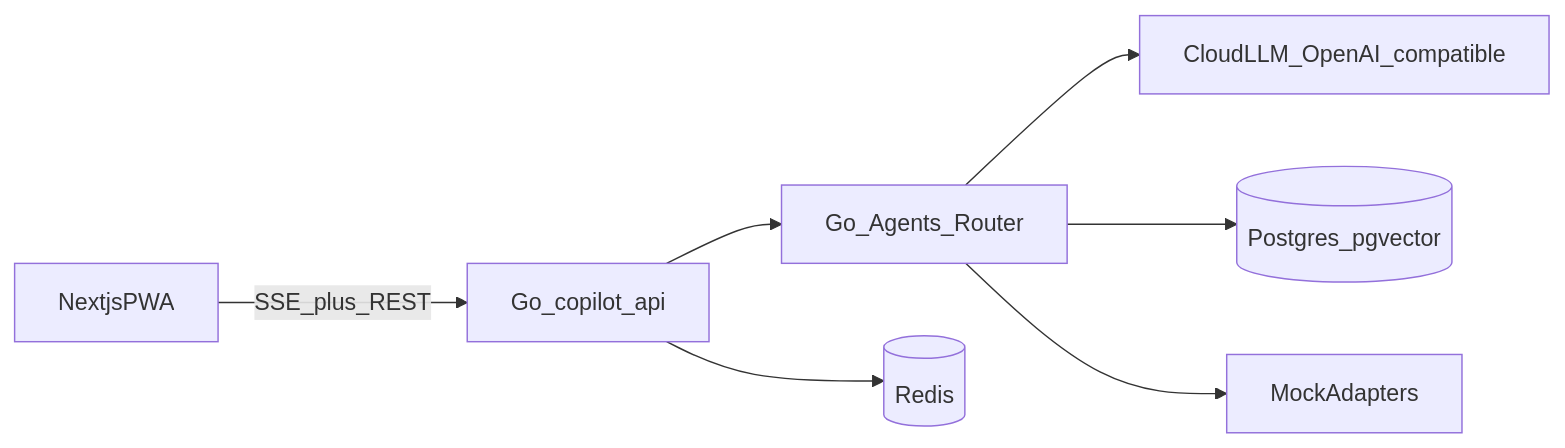
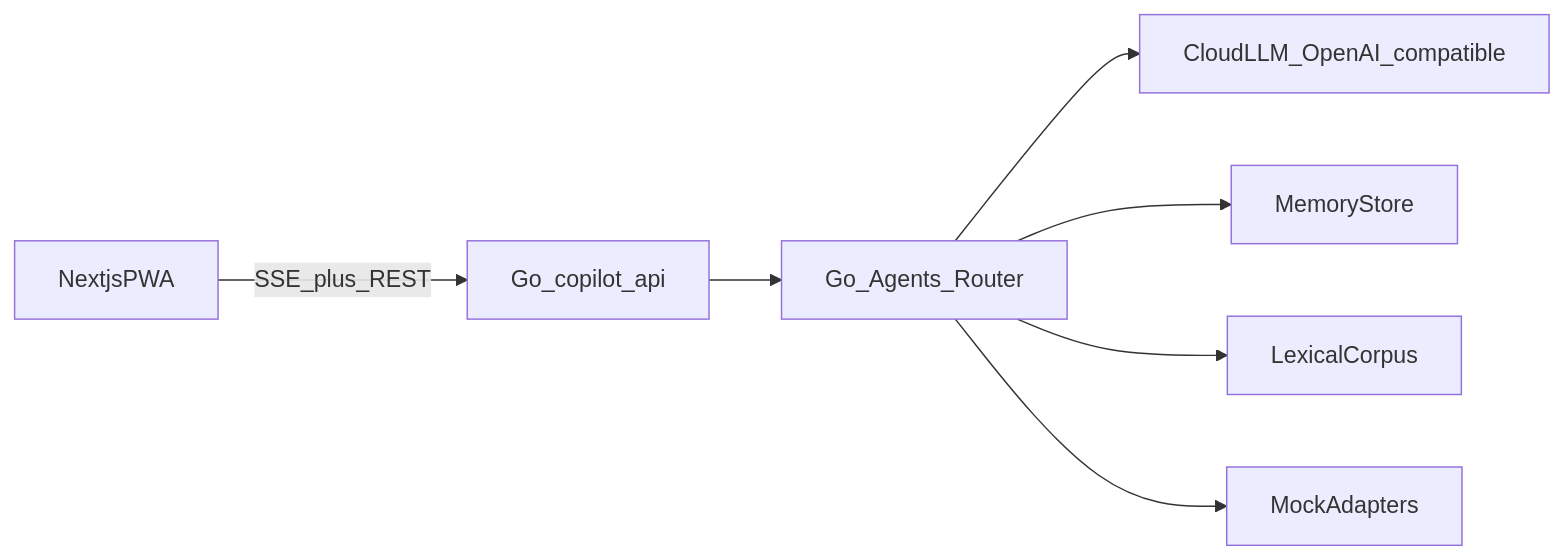
One commit to Samurai2306/AlphaBank_case_champ changed the diagram in docs/architecture/02-demo-architecture.md. Above: the diagram before and after it, drawn with Mermaid. The commit also changed other lines of this file and 16 other files, not shown here.

Commit message:
Describe the demo as in-memory instead of Postgres and Redis.

````diff
--- a/docs/architecture/02-demo-architecture.md
+++ b/docs/architecture/02-demo-architecture.md
@@ -10,17 +10,17 @@
 ```mermaid
 flowchart LR
   Browser[NextjsPWA]
   API[Go_copilot_api]
   Agents[Go_Agents_Router]
-  PG[(Postgres_pgvector)]
-  Redis[(Redis)]
+  Mem[MemoryStore]
+  KB[LexicalCorpus]
   LLM[CloudLLM_OpenAI_compatible]
   Mocks[MockAdapters]
 
   Browser -->|SSE_plus_REST| API
   API --> Agents
   Agents --> LLM
-  Agents --> PG
+  Agents --> Mem
+  Agents --> KB
   Agents --> Mocks
-  API --> Redis
 ```
````
